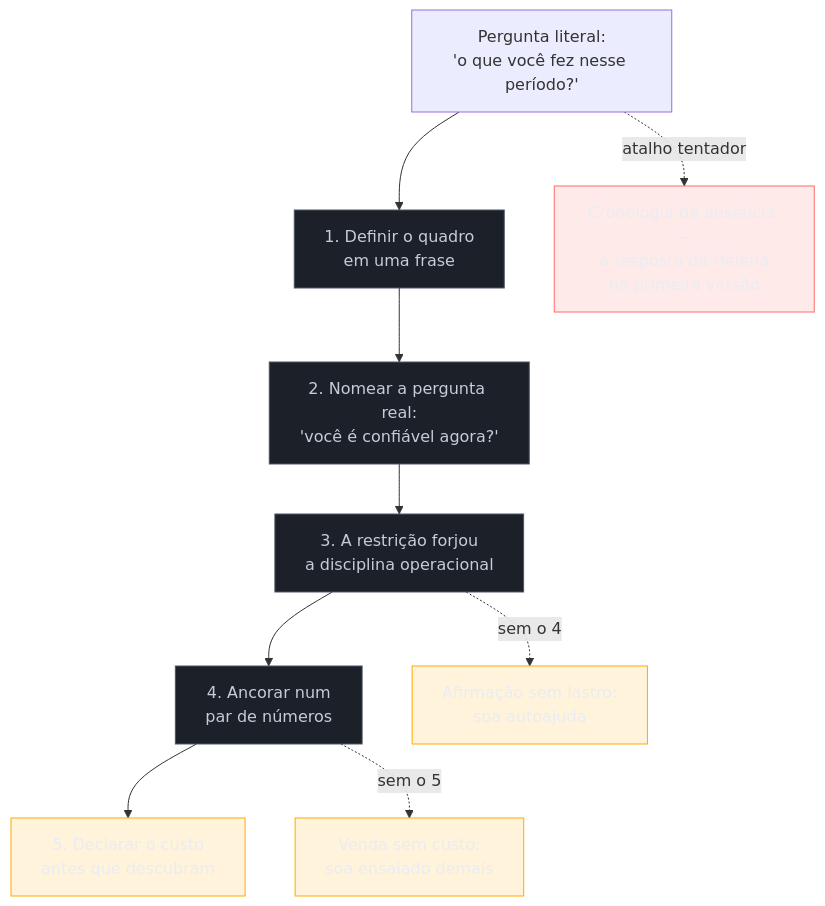
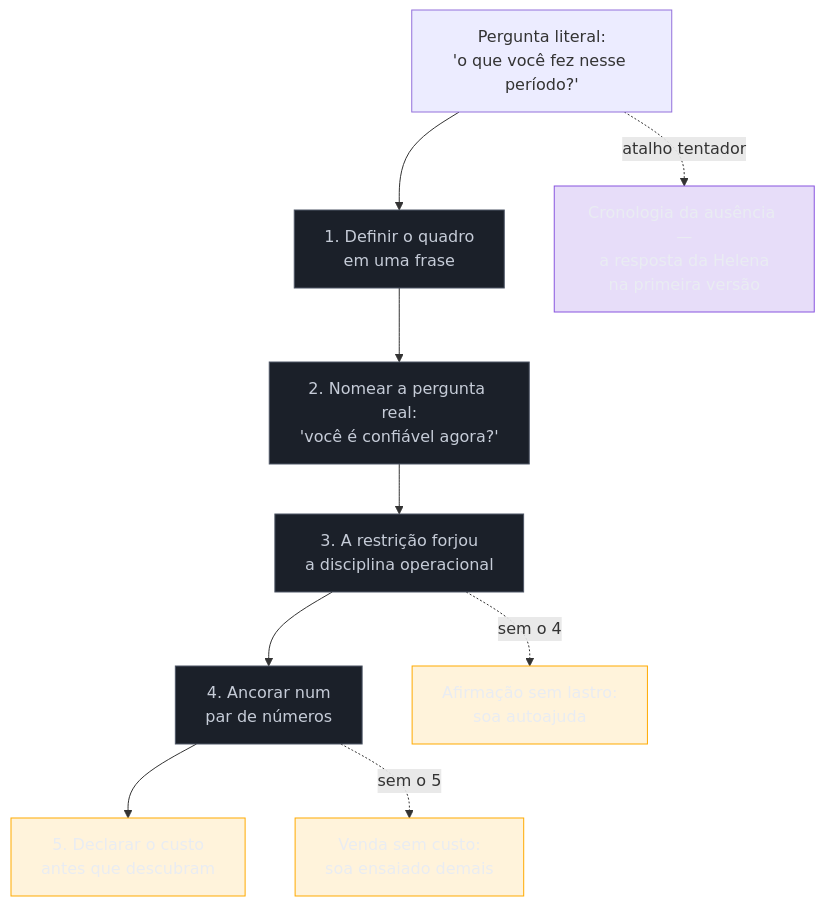
Before and after one commit to josenaldo/codex-technomanticus: the diagram in 03-Dominios/Carreira/Entrevistas/12a - Defender um hiato longo.md, drawn with Mermaid. The commit also changed 601 other files, not shown here.

````diff
--- a/03-Dominios/Carreira/Entrevistas/12a - Defender um hiato longo.md
+++ b/03-Dominios/Carreira/Entrevistas/12a - Defender um hiato longo.md
@@ -71,24 +71,24 @@
 ```mermaid
 graph TD
+    classDef marca fill:#8855DF33,stroke:#8855DF,color:#E9ECF2
     classDef neutro fill:#1B2029,stroke:#4E5666,color:#C6CCD8
     classDef destaque fill:#FFAA0024,stroke:#FFAA00,color:#E9ECF2
-    classDef falha fill:#FF6B6B24,stroke:#FF6B6B,color:#E9ECF2
     P["Pergunta literal:<br/>'o que você fez nesse período?'"] --> R1["1. Definir o quadro<br/>em uma frase"]
     R1 --> R2["2. Nomear a pergunta real:<br/>'você é confiável agora?'"]
     R2 --> R3["3. A restrição forjou<br/>a disciplina operacional"]
     R3 --> R4["4. Ancorar num<br/>par de números"]
     R4 --> R5["5. Declarar o custo<br/>antes que descubram"]
 
     P -.atalho tentador.-> E1["Cronologia da ausência —<br/>a resposta da Helena<br/>na primeira versão"]
     R3 -.sem o 4.-> E2["Afirmação sem lastro:<br/>soa autoajuda"]
     R4 -.sem o 5.-> E3["Venda sem custo:<br/>soa ensaiado demais"]
 
     class R1 neutro
     class R2 neutro
     class R3 neutro
     class R4 neutro
     class R5 destaque
-    class E1 falha
+    class E1 marca
     class E2 destaque
     class E3 destaque
 ```
````
